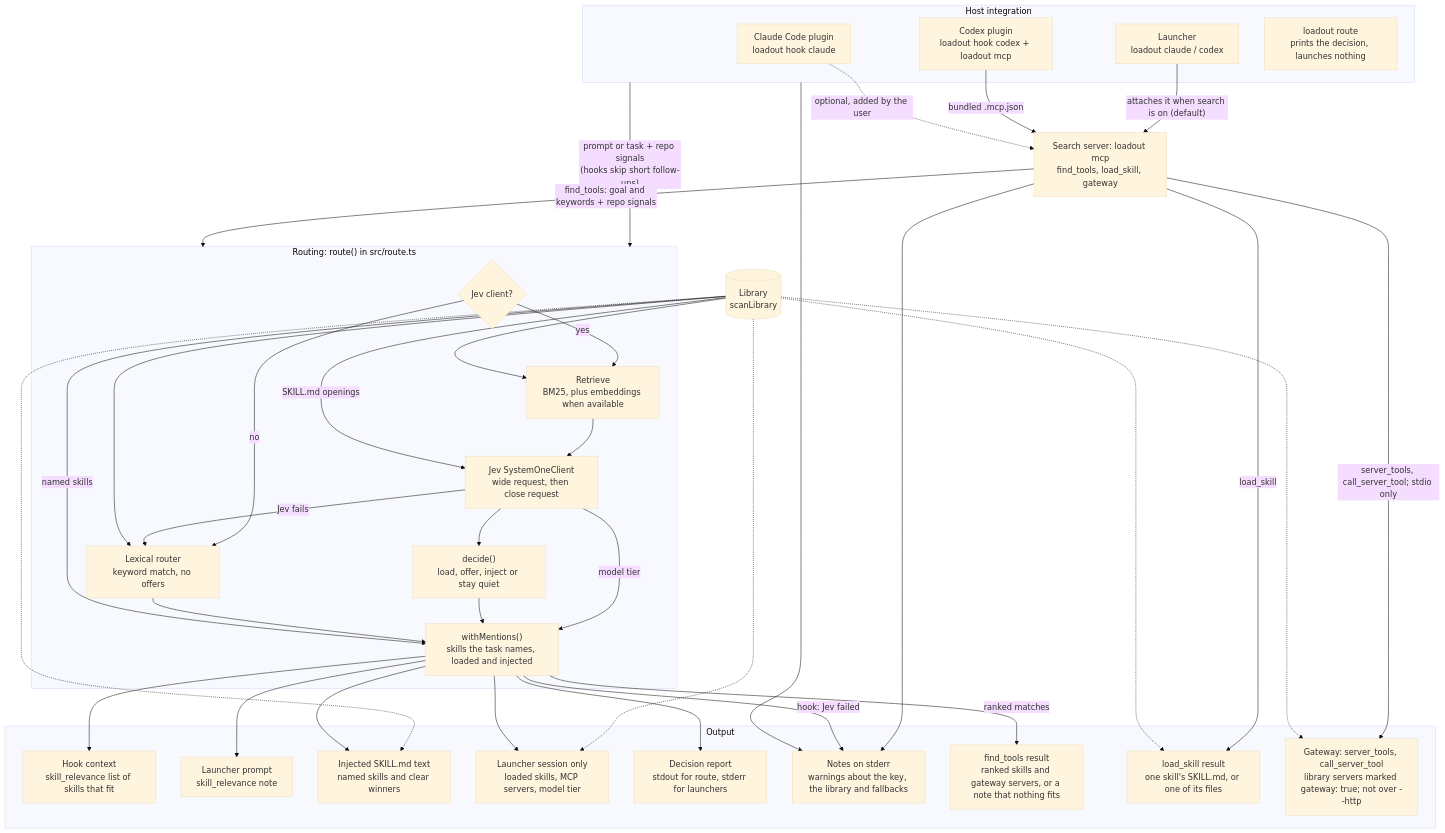
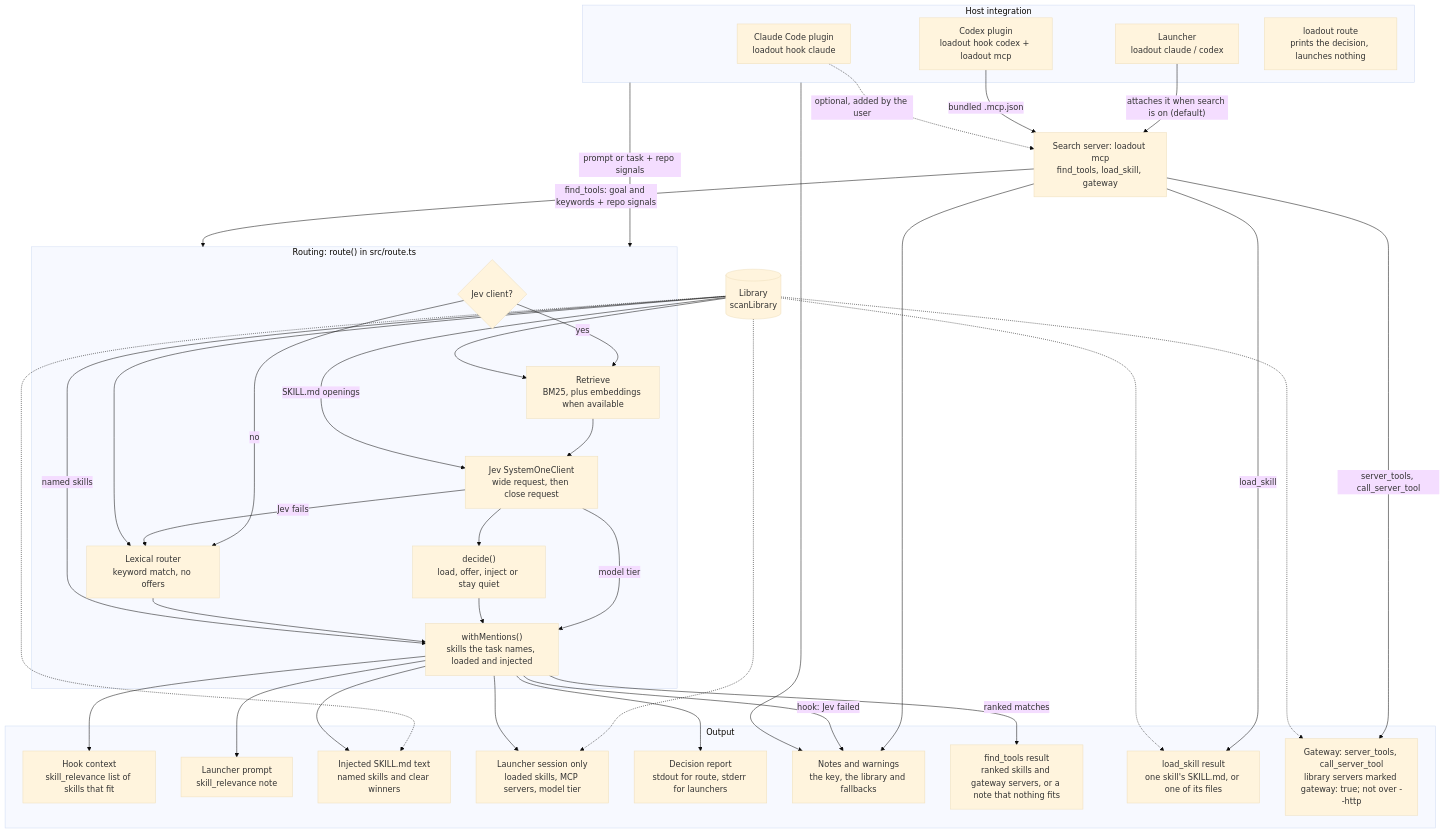
Before and after one commit to erik-hedstrom/loadout: the diagram in DESIGN.md, drawn with Mermaid (base theme). The commit also changed other lines of this file, not shown here.

````diff
--- a/DESIGN.md
+++ b/DESIGN.md
@@ -32,67 +32,67 @@
 ```mermaid
 flowchart TB
     subgraph host["Host integration"]
         CH["Claude Code plugin<br/>loadout hook claude"]
         XH["Codex plugin<br/>loadout hook codex + loadout mcp"]
         LA["Launcher<br/>loadout claude / codex"]
         RT["loadout route<br/>prints the decision, launches nothing"]
     end
 
     MS["Search server: loadout mcp<br/>find_tools, load_skill, gateway"]
 
     LIB[("Library<br/>scanLibrary")]
 
     subgraph routing["Routing: route() in src/route.ts"]
         GATE{"Jev client?"}
         RET["Retrieve<br/>BM25, plus embeddings when available"]
         JEV["Jev SystemOneClient<br/>wide request, then close request"]
         DEC["decide()<br/>load, offer, inject or stay quiet"]
         LEX["Lexical router<br/>keyword match, no offers"]
         MEN["withMentions()<br/>skills the task names, loaded and injected"]
         GATE -->|"yes"| RET
         GATE -->|"no"| LEX
         RET --> JEV
         JEV -->|"Jev fails"| LEX
         JEV --> DEC
         JEV -->|"model tier"| MEN
         DEC --> MEN
         LEX --> MEN
     end
 
     subgraph out["Output"]
         HC["Hook context<br/>skill_relevance list of skills that fit"]
         LC["Launcher prompt<br/>skill_relevance note"]
         INJ["Injected SKILL.md text<br/>named skills and clear winners"]
         LSN["Launcher session only<br/>loaded skills, MCP servers, model tier"]
         DR["Decision report<br/>stdout for route, stderr for launchers"]
-        NOTE["Notes on stderr<br/>warnings about the key, the library and fallbacks"]
+        NOTE["Notes and warnings<br/>the key, the library and fallbacks"]
         FSR["find_tools result<br/>ranked skills and gateway servers, or a note that nothing fits"]
         LS["load_skill result<br/>one skill's SKILL.md, or one of its files"]
         GW["Gateway: server_tools, call_server_tool<br/>library servers marked gateway: true; not over --http"]
     end
 
-    host -->|"prompt or task + repo signals<br/>(hooks skip short follow-ups)"| routing
+    host -->|"prompt or task + repo signals"| routing
     LA -->|"attaches it when search is on (default)"| MS
     XH -->|"bundled .mcp.json"| MS
     CH -.->|"optional, added by the user"| MS
     MS -->|"find_tools: goal and keywords + repo signals"| routing
     MS -->|"load_skill"| LS
-    MS -->|"server_tools, call_server_tool; stdio only"| GW
+    MS -->|"server_tools, call_server_tool"| GW
     LIB --> RET
     LIB --> LEX
     LIB -->|"named skills"| MEN
     LIB -->|"SKILL.md openings"| JEV
     LIB -.-> INJ
     LIB -.-> LSN
     LIB -.-> LS
     LIB -.-> GW
     host --> NOTE
     MS --> NOTE
     MEN --> HC
     MEN --> LC
     MEN --> INJ
     MEN --> LSN
     MEN --> DR
     MEN -->|"hook: Jev failed"| NOTE
     MEN -->|"ranked matches"| FSR
 ```
````
